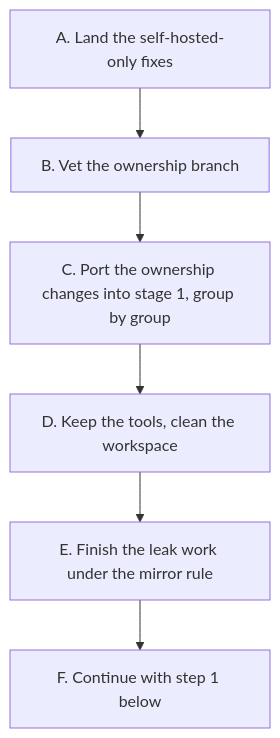
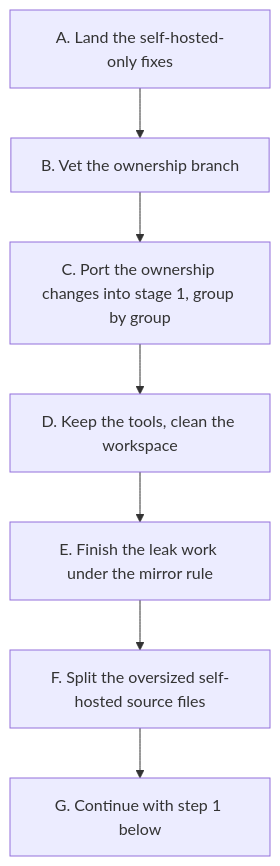
The diagram in docs/md/future/SELF_HOSTING.md (MattiasHognas/Ashes), drawn with Mermaid before and after one commit. The commit also changed other lines of this file, not shown here.

Commit message:
docs: split the oversized self-hosted source files before the fixpoint (#1118)

````diff
--- a/docs/md/future/SELF_HOSTING.md
+++ b/docs/md/future/SELF_HOSTING.md
@@ -89,8 +89,9 @@
 ```mermaid
 flowchart TD
     A[A. Land the self-hosted-only fixes] --> B[B. Vet the ownership branch]
     B --> C[C. Port the ownership changes into stage 1, group by group]
     C --> D[D. Keep the tools, clean the workspace]
     D --> E[E. Finish the leak work under the mirror rule]
-    E --> F[F. Continue with step 1 below]
+    E --> F[F. Split the oversized self-hosted source files]
+    F --> G[G. Continue with step 1 below]
 ```
````
